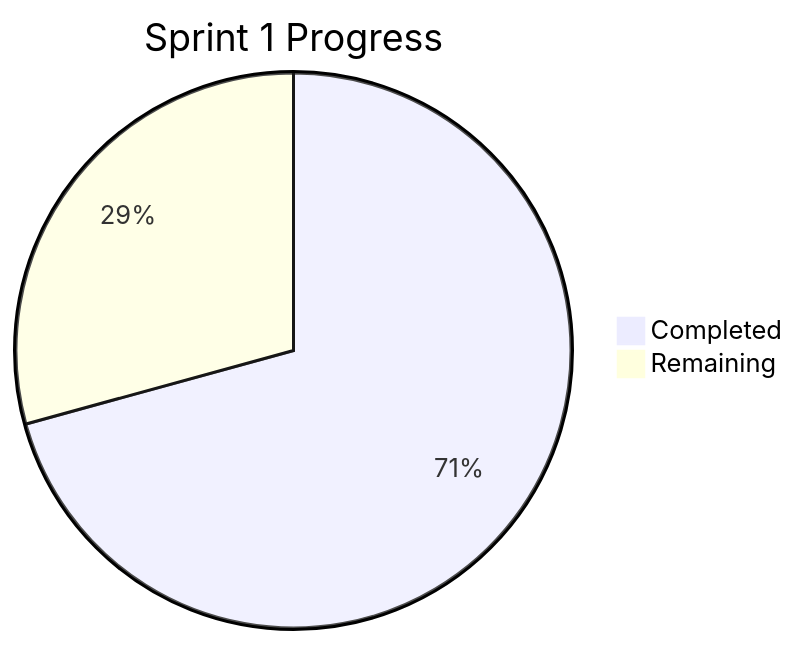
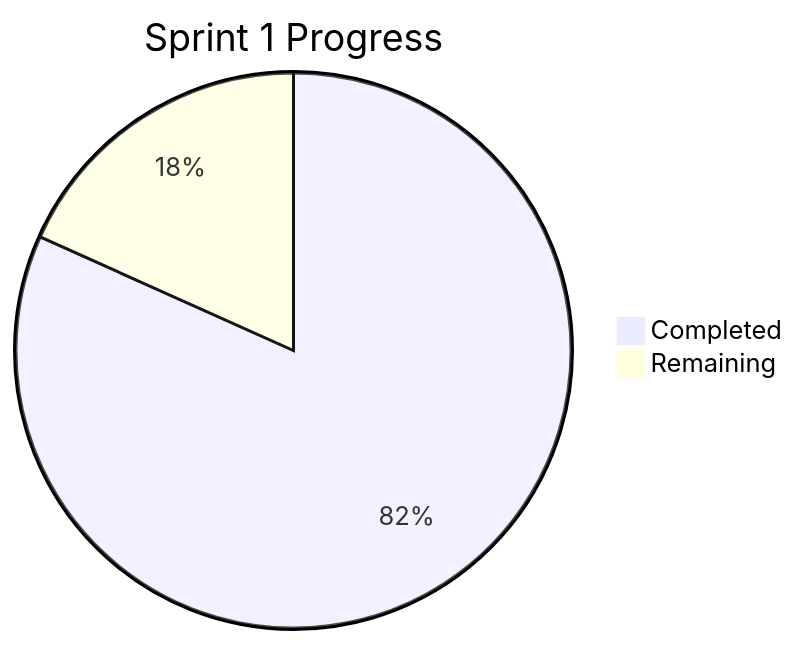
The diagram in Sprint1/DAILY_LOG.md (nerdpudding/pptx_poc), drawn with Mermaid before and after one commit. The commit also changed other lines of this file and 9 other files, not shown here.

````diff
--- a/Sprint1/DAILY_LOG.md
+++ b/Sprint1/DAILY_LOG.md
@@ -31,5 +31,5 @@
 ```mermaid
 pie title Sprint 1 Progress
-    "Completed" : 58
-    "Remaining" : 24
+    "Completed" : 67
+    "Remaining" : 15
 ```
````
